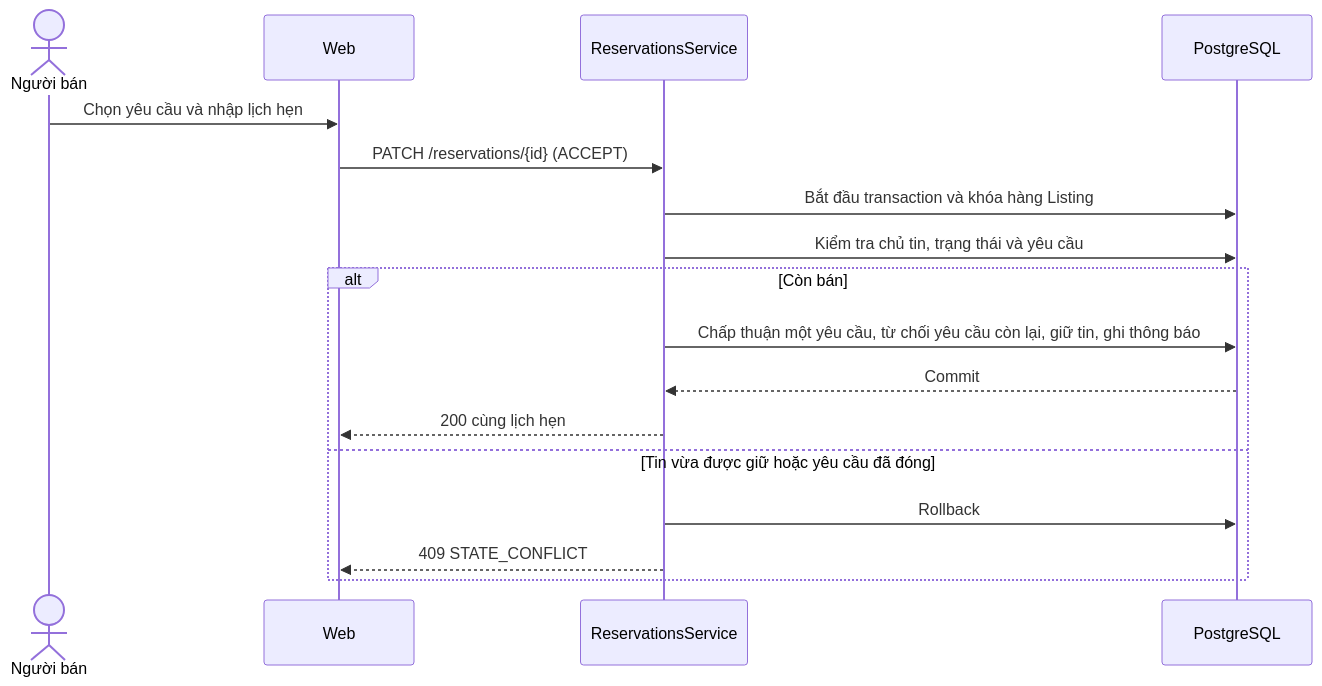
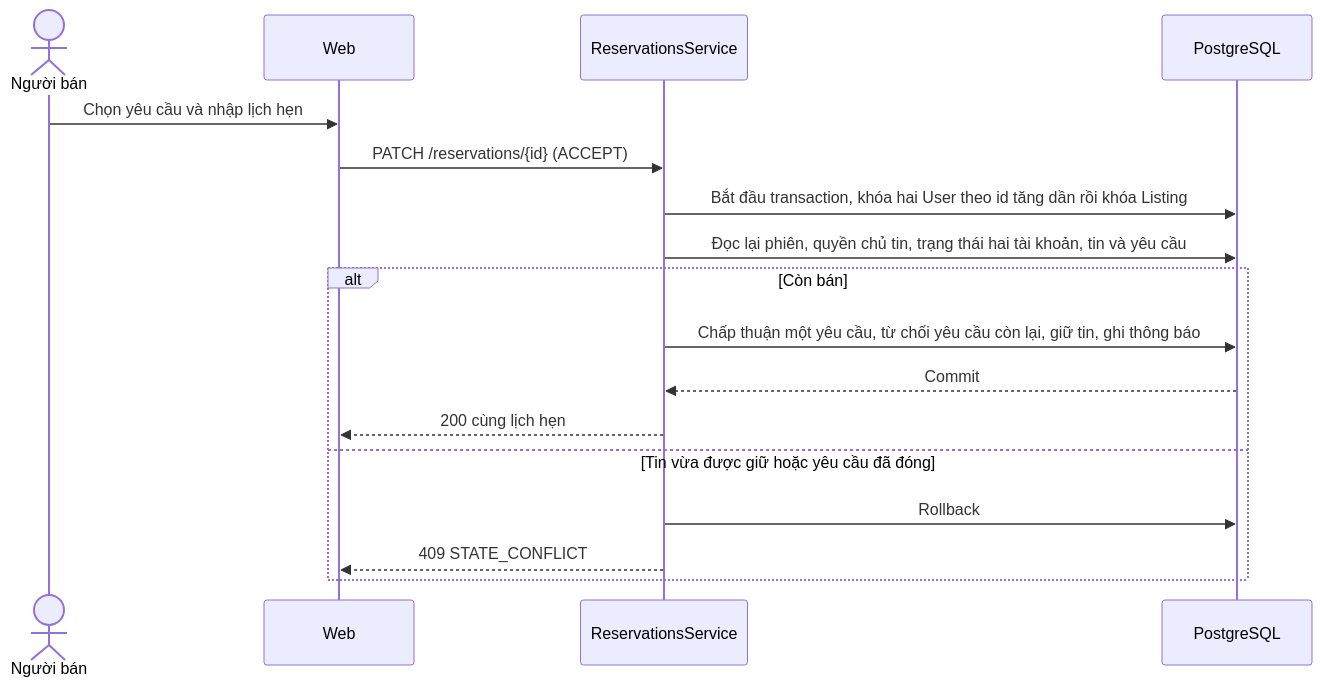
One commit to HBX-HCMUT/UniSwap changed the second of 2 diagrams in docs/kien-truc.md. Above: the diagram before and after it, drawn with Mermaid. The commit also changed 8 other files, not shown here.

````diff
--- a/docs/kien-truc.md
+++ b/docs/kien-truc.md
@@ -31,19 +31,19 @@
 ```mermaid
 sequenceDiagram
   actor S as Người bán
   participant W as Web
   participant A as ReservationsService
   participant D as PostgreSQL
   S->>W: Chọn yêu cầu và nhập lịch hẹn
   W->>A: PATCH /reservations/{id} (ACCEPT)
-  A->>D: Bắt đầu transaction và khóa hàng Listing
-  A->>D: Kiểm tra chủ tin, trạng thái và yêu cầu
+  A->>D: Bắt đầu transaction, khóa hai User theo id tăng dần rồi khóa Listing
+  A->>D: Đọc lại phiên, quyền chủ tin, trạng thái hai tài khoản, tin và yêu cầu
   alt Còn bán
     A->>D: Chấp thuận một yêu cầu, từ chối yêu cầu còn lại, giữ tin, ghi thông báo
     D-->>A: Commit
     A-->>W: 200 cùng lịch hẹn
   else Tin vừa được giữ hoặc yêu cầu đã đóng
     A->>D: Rollback
     A-->>W: 409 STATE_CONFLICT
   end
 ```
````
